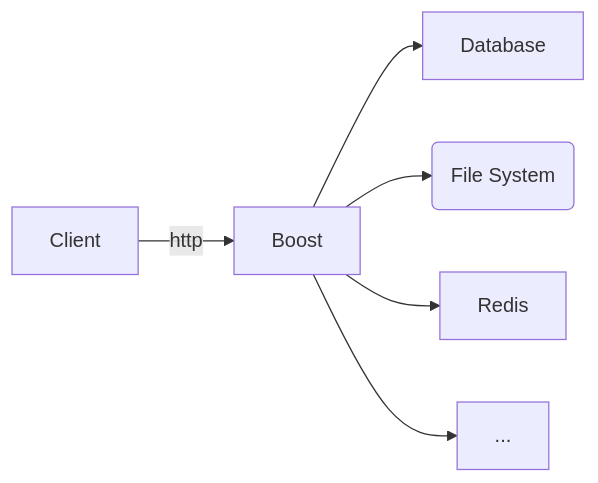
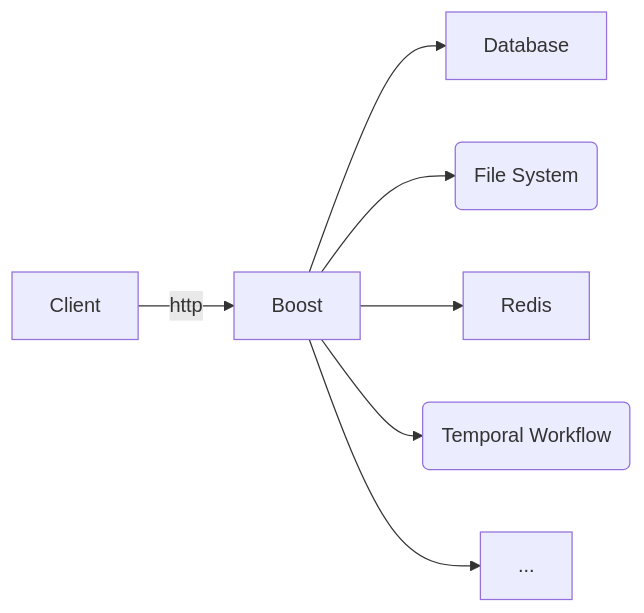
Before and after one commit to ivxivx/JAVA-boost: the diagram in README.md, drawn with Mermaid. The commit also changed other lines of this file, not shown here.

````diff
--- a/README.md
+++ b/README.md
@@ -3,8 +3,9 @@
 ```mermaid
 graph LR
    Client --http--> Boost
    Boost --> Database
    Boost --> FS(File System)
    Boost --> Redis
+   Boost --> TP(Temporal Workflow)
    Boost --> ...
 ```
````
